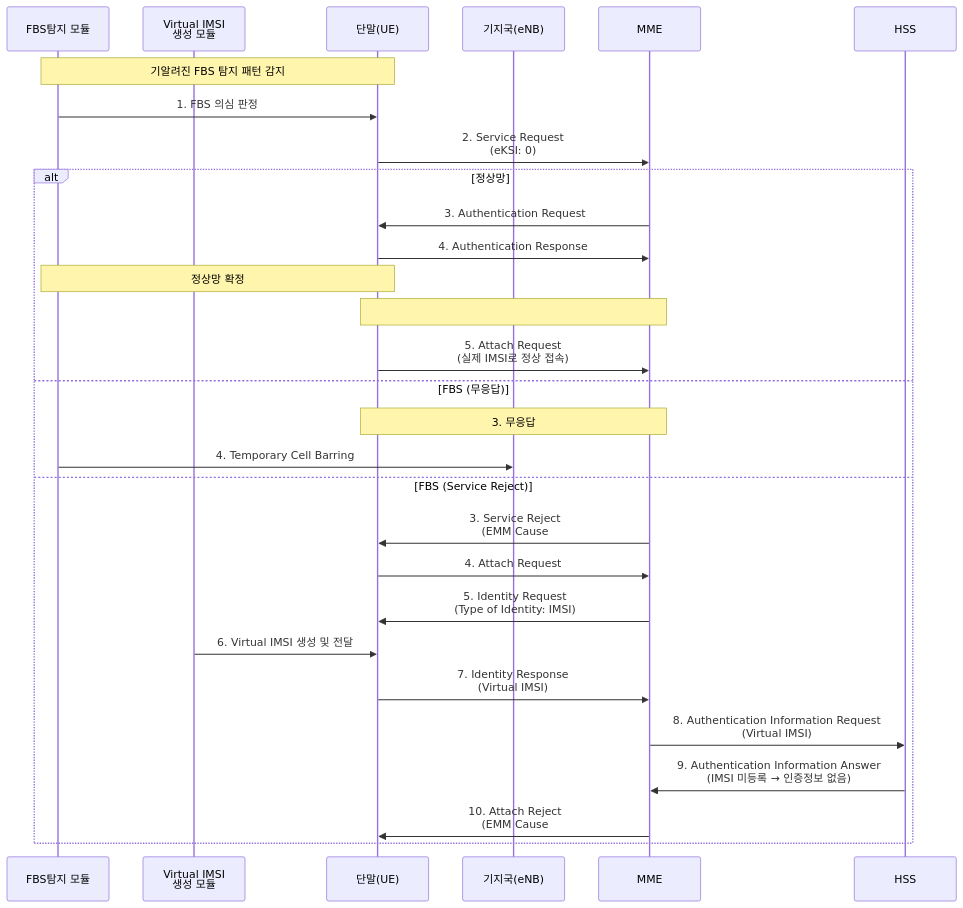
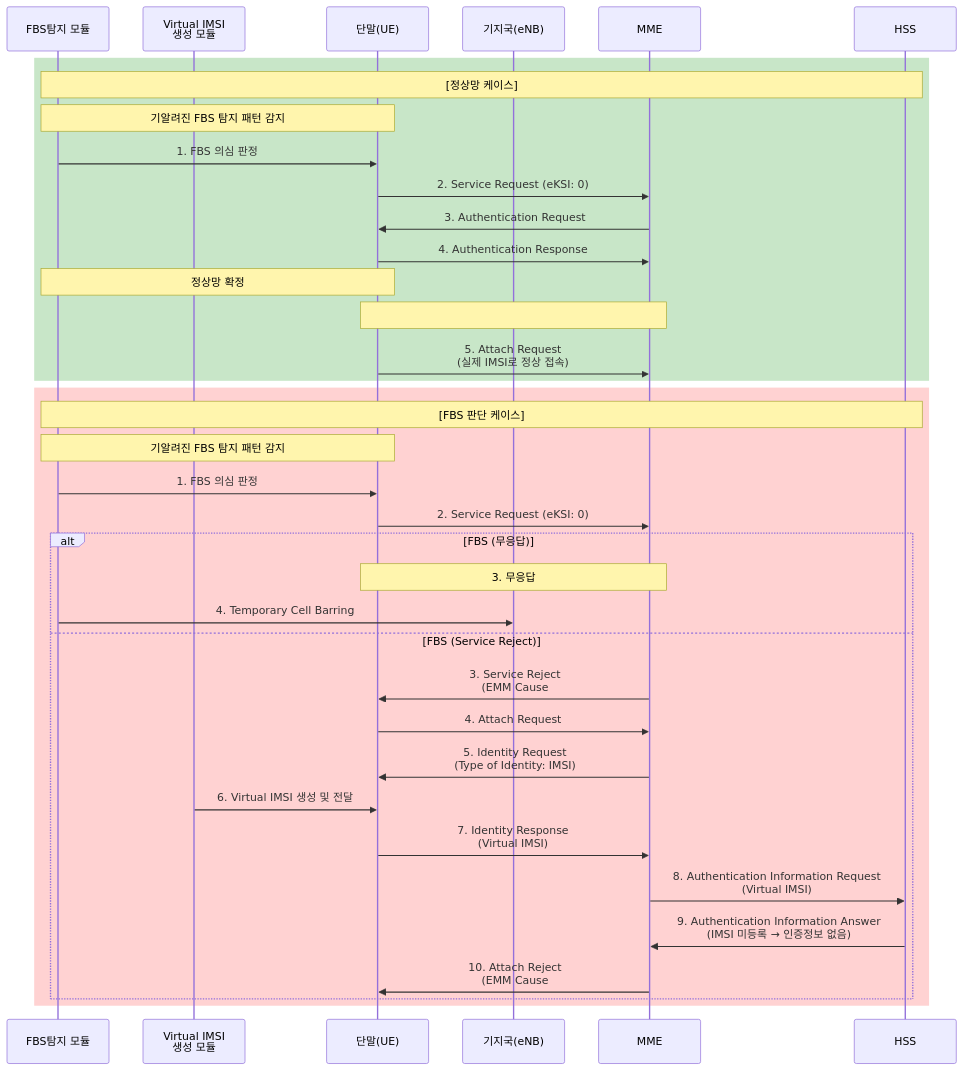
The diagram in sequence.md (brianrobo/new-idea-flow), drawn with Mermaid before and after one commit. The commit also changed other lines of this file, not shown here.

````diff
--- a/sequence.md
+++ b/sequence.md
@@ -1,33 +1,42 @@
 ```mermaid
 sequenceDiagram
     participant FBS as FBS탐지 모듈
     participant VIMSI as Virtual IMSI<br/>생성 모듈
     participant UE as 단말(UE)
     participant eNB as 기지국(eNB)
     participant MME as MME
     participant HSS as HSS
 
-    Note over FBS,UE: 기알려진 FBS 탐지 패턴 감지
-    FBS->>UE: 1. FBS 의심 판정
-    UE->>MME: 2. Service Request<br/>(eKSI: 0)
-
-    alt 정상망
+    rect rgb(200, 230, 200)
+        Note over FBS,HSS: [정상망 케이스]
+        Note over FBS,UE: 기알려진 FBS 탐지 패턴 감지
+        FBS->>UE: 1. FBS 의심 판정
+        UE->>MME: 2. Service Request (eKSI: 0)
         MME->>UE: 3. Authentication Request
         UE->>MME: 4. Authentication Response
         Note over FBS,UE: 정상망 확정
         Note over UE,MME: #2, #8 수신 시 즉시 Re-attach 가능<br/>(#9, #10 외 Re-attach 가능 동작)
         UE->>MME: 5. Attach Request<br/>(실제 IMSI로 정상 접속)
-    else FBS (무응답)
-        Note over MME,UE: 3. 무응답
-        FBS->>eNB: 4. Temporary Cell Barring
-    else FBS (Service Reject)
-        MME->>UE: 3. Service Reject<br/>(EMM Cause #9 또는 #10)
-        UE->>MME: 4. Attach Request
-        MME->>UE: 5. Identity Request<br/>(Type of Identity: IMSI)
-        VIMSI->>UE: 6. Virtual IMSI 생성 및 전달
-        UE->>MME: 7. Identity Response<br/>(Virtual IMSI)
-        MME->>HSS: 8. Authentication Information Request<br/>(Virtual IMSI)
-        HSS->>MME: 9. Authentication Information Answer<br/>(IMSI 미등록 → 인증정보 없음)
-        MME->>UE: 10. Attach Reject<br/>(EMM Cause #2 또는 #8)
+    end
+
+    rect rgb(255, 210, 210)
+        Note over FBS,HSS: [FBS 판단 케이스]
+        Note over FBS,UE: 기알려진 FBS 탐지 패턴 감지
+        FBS->>UE: 1. FBS 의심 판정
+        UE->>MME: 2. Service Request (eKSI: 0)
+
+        alt FBS (무응답)
+            Note over MME,UE: 3. 무응답
+            FBS->>eNB: 4. Temporary Cell Barring
+        else FBS (Service Reject)
+            MME->>UE: 3. Service Reject<br/>(EMM Cause #9 또는 #10)
+            UE->>MME: 4. Attach Request
+            MME->>UE: 5. Identity Request<br/>(Type of Identity: IMSI)
+            VIMSI->>UE: 6. Virtual IMSI 생성 및 전달
+            UE->>MME: 7. Identity Response<br/>(Virtual IMSI)
+            MME->>HSS: 8. Authentication Information Request<br/>(Virtual IMSI)
+            HSS->>MME: 9. Authentication Information Answer<br/>(IMSI 미등록 → 인증정보 없음)
+            MME->>UE: 10. Attach Reject<br/>(EMM Cause #2 또는 #8)
+        end
     end
 ```
````
